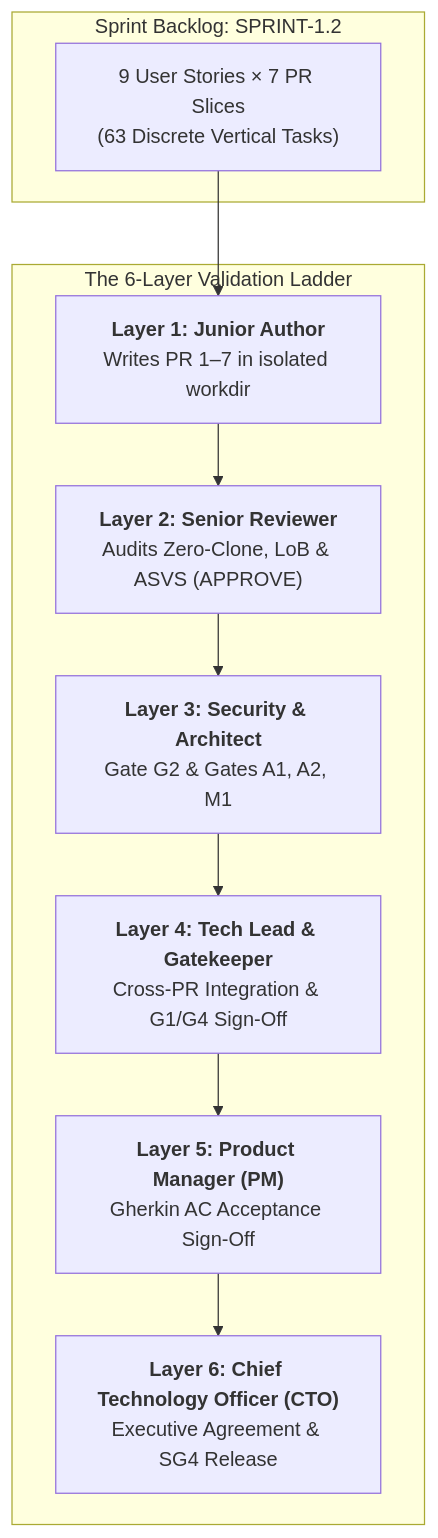
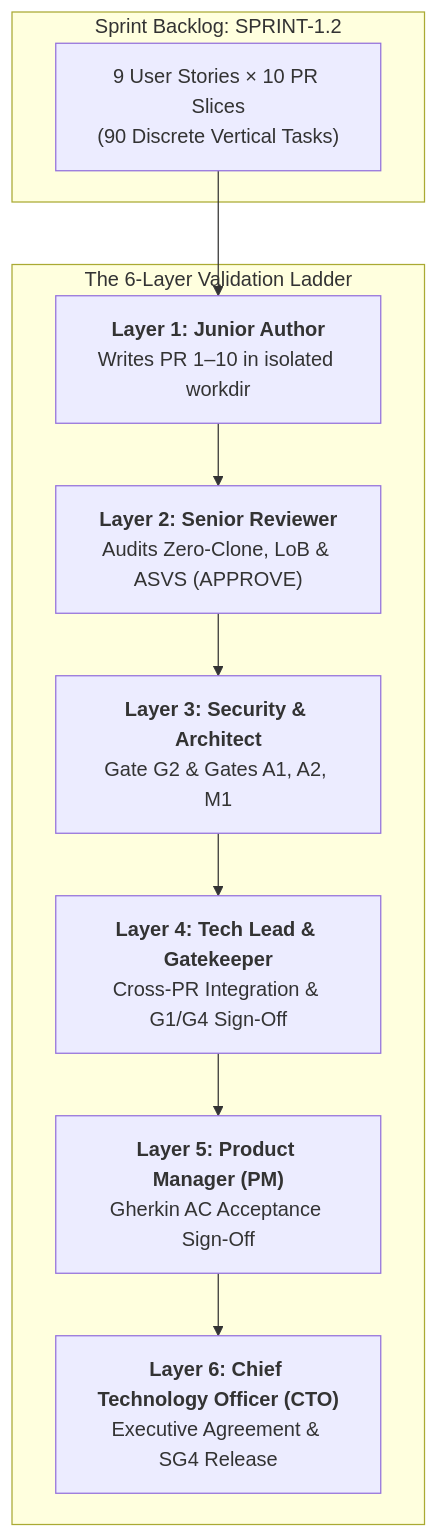
One commit to maheraladdin/some-commerce changed the second of 2 diagrams in docs/sprints/sprint-1.2.md. Above: the diagram before and after it, drawn with Mermaid. The commit also changed other lines of this file and 11 other files, not shown here.

Commit message:
docs(sprints): expand multi-agent implementation plans from 7 to 10 PRs aligned with 10-pillar architecture

````diff
--- a/docs/sprints/sprint-1.2.md
+++ b/docs/sprints/sprint-1.2.md
@@ -84,17 +84,17 @@
 ```mermaid
 flowchart TD
     subgraph "Sprint Backlog: SPRINT-1.2"
-        STORIES["9 User Stories × 7 PR Slices<br/>(63 Discrete Vertical Tasks)"]
+        STORIES["9 User Stories × 10 PR Slices<br/>(90 Discrete Vertical Tasks)"]
     end
 
     subgraph "The 6-Layer Validation Ladder"
-        L1["<b>Layer 1: Junior Author</b><br/>Writes PR 1–7 in isolated workdir"]
+        L1["<b>Layer 1: Junior Author</b><br/>Writes PR 1–10 in isolated workdir"]
         --> L2["<b>Layer 2: Senior Reviewer</b><br/>Audits Zero-Clone, LoB & ASVS (APPROVE)"]
         --> L3["<b>Layer 3: Security & Architect</b><br/>Gate G2 & Gates A1, A2, M1"]
         --> L4["<b>Layer 4: Tech Lead & Gatekeeper</b><br/>Cross-PR Integration & G1/G4 Sign-Off"]
         --> L5["<b>Layer 5: Product Manager (PM)</b><br/>Gherkin AC Acceptance Sign-Off"]
         --> L6["<b>Layer 6: Chief Technology Officer (CTO)</b><br/>Executive Agreement & SG4 Release"]
     end
 
     STORIES --> L1
 ```
````
